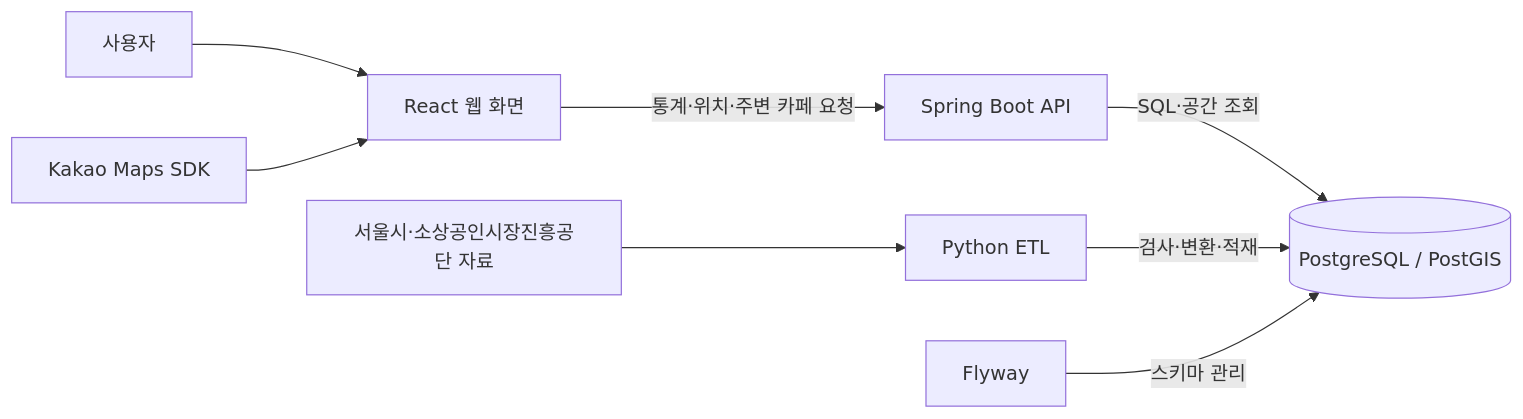
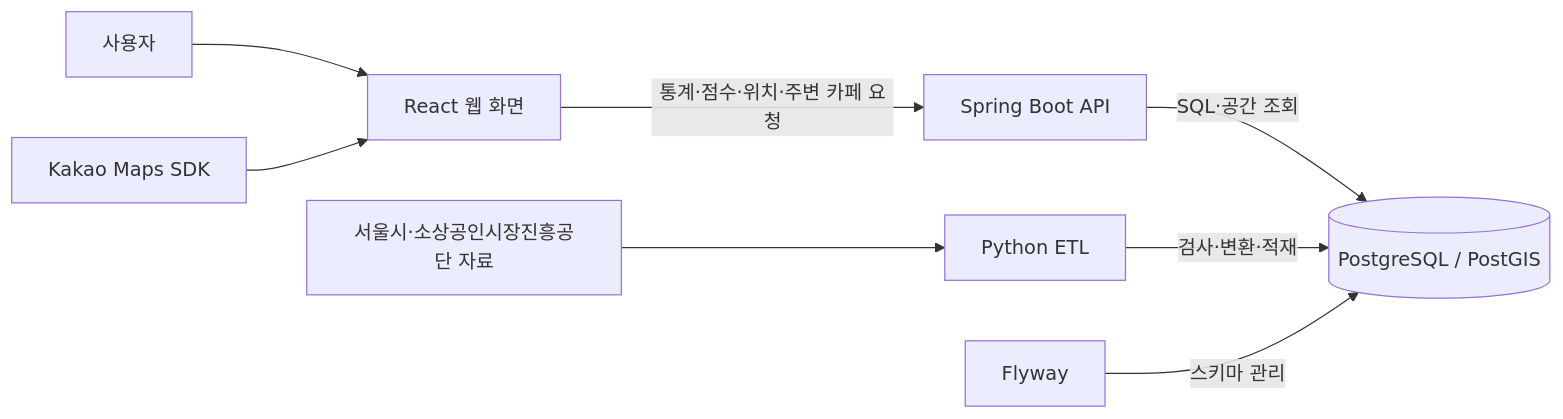
Before and after one commit to jinwooorp/RecycleYoungs: the diagram in README.md, drawn with Mermaid. The commit also changed other lines of this file and 6 other files, not shown here.

````diff
--- a/README.md
+++ b/README.md
@@ -50,10 +80,10 @@
 ```mermaid
 flowchart LR
     U["사용자"] --> F["React 웹 화면"]
     K["Kakao Maps SDK"] --> F
-    F -->|"통계·위치·주변 카페 요청"| B["Spring Boot API"]
+    F -->|"통계·점수·위치·주변 카페 요청"| B["Spring Boot API"]
     B -->|"SQL·공간 조회"| D[("PostgreSQL / PostGIS")]
     S["서울시·소상공인시장진흥공단 자료"] --> E["Python ETL"]
     E -->|"검사·변환·적재"| D
     M["Flyway"] -->|"스키마 관리"| D
 ```
````
